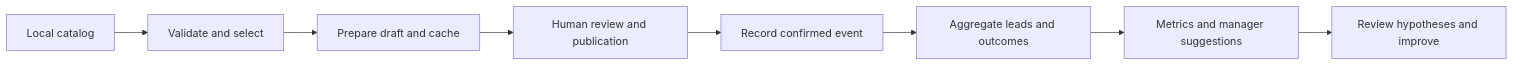
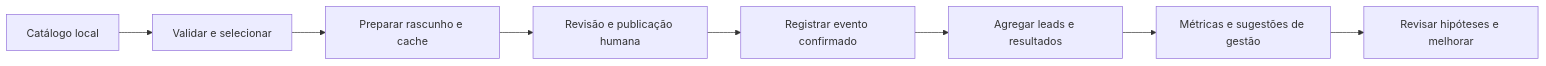
The diagram in README.md (Pedronsjaja/marketplace-marketing-agent), drawn with Mermaid before and after one commit. The commit also changed other lines of this file, not shown here.

````diff
--- a/README.md
+++ b/README.md
@@ -27,10 +33,10 @@
 ```mermaid
 flowchart LR
-    A[Local catalog] --> B[Validate and select]
-    B --> C[Prepare draft and cache]
-    C --> D[Human review and publication]
-    D --> E[Record confirmed event]
-    E --> F[Aggregate leads and outcomes]
-    F --> G[Metrics and manager suggestions]
-    G --> H[Review hypotheses and improve]
+    A[Catálogo local] --> B[Validar e selecionar]
+    B --> C[Preparar rascunho e cache]
+    C --> D[Revisão e publicação humana]
+    D --> E[Registrar evento confirmado]
+    E --> F[Agregar leads e resultados]
+    F --> G[Métricas e sugestões de gestão]
+    G --> H[Revisar hipóteses e melhorar]
 ```
````
